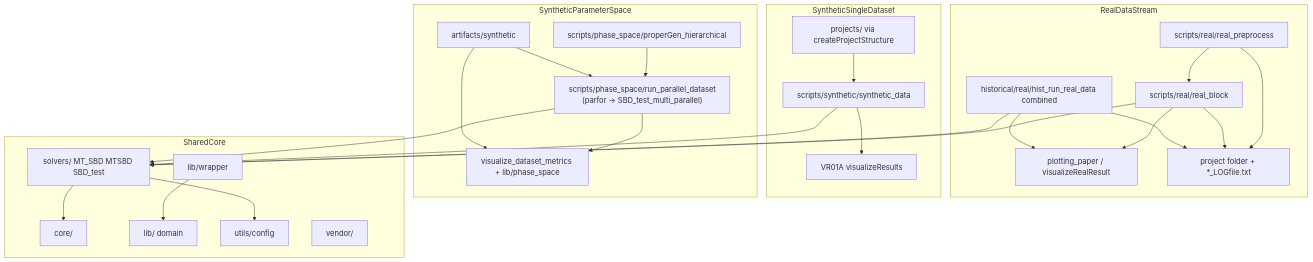
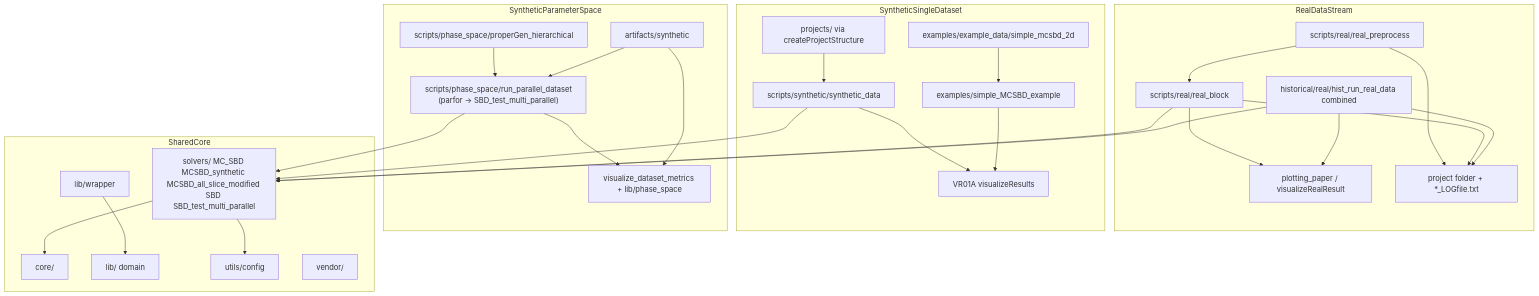
The diagram in docs/REPO_STRUCTURE_DAG.md (Plswearpants/MC-SBD-STM), drawn with Mermaid before and after one commit. The commit also changed other lines of this file and 92 other files, not shown here.

````diff
--- a/docs/REPO_STRUCTURE_DAG.md
+++ b/docs/REPO_STRUCTURE_DAG.md
@@ -9,50 +9,54 @@
 ```mermaid
 flowchart TB
   subgraph real [RealDataStream]
     Rpre[scripts/real/real_preprocess]
     Rrun[scripts/real/real_block]
     Rfull[historical/real/hist_run_real_data combined]
     Rviz[plotting_paper / visualizeRealResult]
     Rproj["project folder + *_LOGfile.txt"]
     Rpre --> Rrun --> Rviz
     Rfull --> Rviz
     Rpre --> Rproj
     Rrun --> Rproj
     Rfull --> Rproj
   end
 
   subgraph synOne [SyntheticSingleDataset]
     Srun[scripts/synthetic/synthetic_data]
+    Sex[examples/simple_MCSBD_example]
     Sviz[VR01A visualizeResults]
     Sproj[projects/ via createProjectStructure]
+    Sdata[examples/example_data/simple_mcsbd_2d]
     Srun --> Sviz
     Sproj --> Srun
+    Sdata --> Sex
+    Sex --> Sviz
   end
 
   subgraph synBatch [SyntheticParameterSpace]
     Bgen[scripts/phase_space/properGen_hierarchical]
     Brun["scripts/phase_space/run_parallel_dataset\n(parfor -> SBD_test_multi_parallel)"]
     Bviz[visualize_dataset_metrics + lib/phase_space]
     Bdata[artifacts/synthetic]
     Bgen --> Brun --> Bviz
     Bdata --> Brun
     Bdata --> Bviz
   end
 
   subgraph shared [SharedCore]
     Core[core/]
     Lib[lib/ domain]
     Wrap[lib/wrapper]
     Utils[utils/config]
-    Algo[solvers/ MT_SBD MTSBD SBD_test]
+    Algo[solvers/ MC_SBD MCSBD_synthetic MCSBD_all_slice_modified SBD SBD_test_multi_parallel]
     Vendor[vendor/]
   end
 
   Rrun --> Algo
   Rfull --> Algo
   Srun --> Algo
   Brun --> Algo
   Wrap --> Lib
   Algo --> Core
   Algo --> Utils
 ```
````
